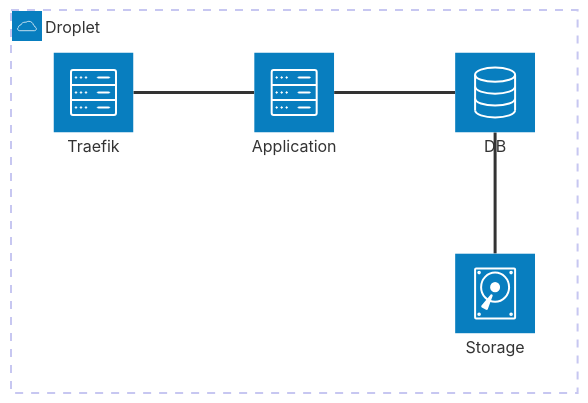
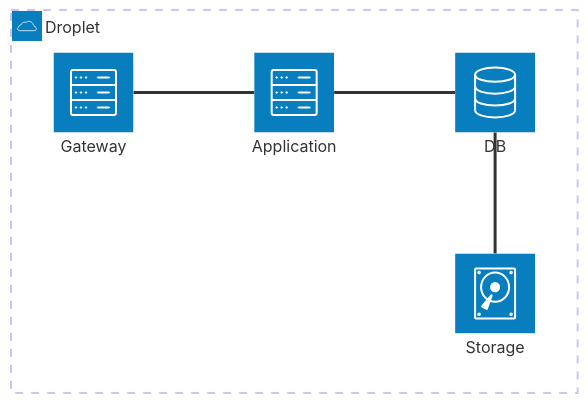
The second of 2 diagrams in docs/_guides/spring-boot.md (teggr/deploy4j), drawn with Mermaid before and after one commit. The commit also changed other lines of this file and 51 other files, not shown here.

First line of the commit message:
Rename Traefik surface to Gateway across codebase

````diff
--- a/docs/_guides/spring-boot.md
+++ b/docs/_guides/spring-boot.md
@@ -166,13 +166,13 @@
 ```mermaid
 architecture-beta
     group api(cloud)[Droplet]
     
     service db(database)[DB] in api
     service disk1(disk)[Storage] in api
-    service traefik(server)[Traefik] in api
+    service gateway(server)[Gateway] in api
     service app(server)[Application] in api
     
-    traefik:R -- L:app
+    gateway:R -- L:app
     app:R -- L:db
     disk1:T -- B:db
 ```
````
